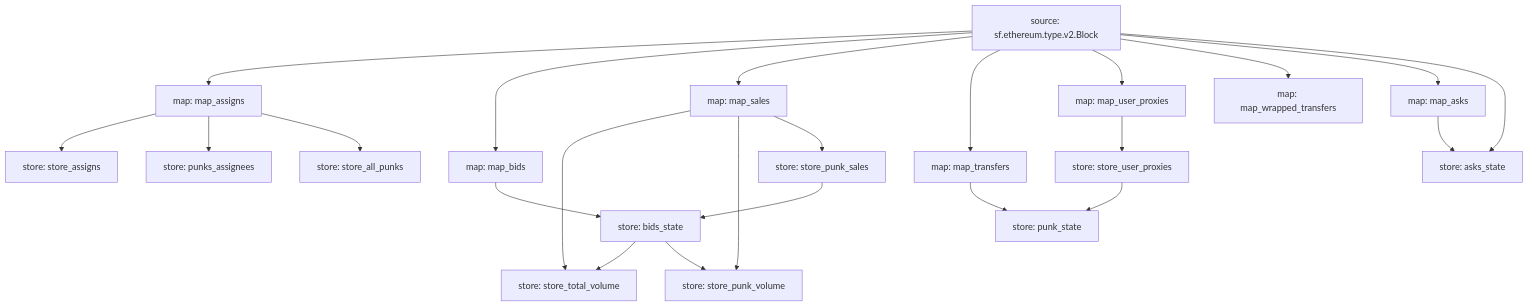
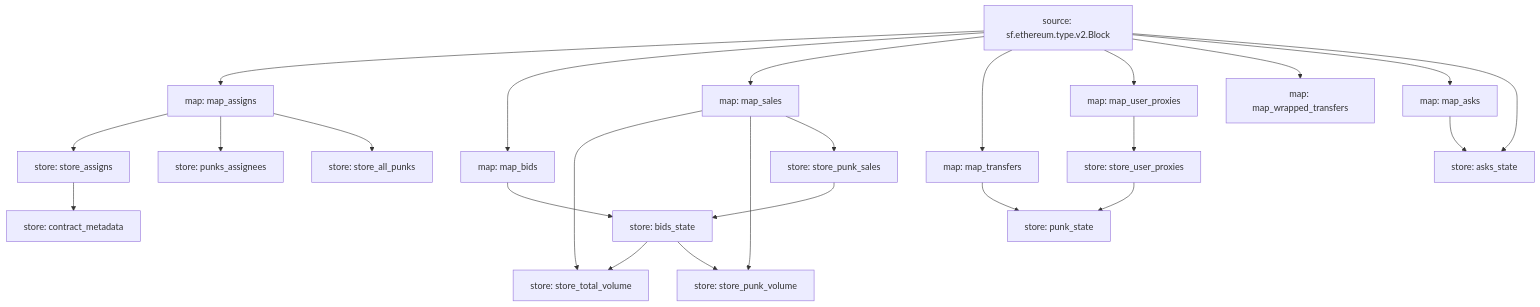
Before and after one commit to itsjerryokolo/cryptopunks_substreams: the diagram in README.md, drawn with Mermaid. The commit also changed other lines of this file and 3 other files, not shown here.

Commit message:
store: contract metadata

````diff
--- a/README.md
+++ b/README.md
@@ -3,42 +4,44 @@
 ```mermaid
 graph TD;
   map_assigns[map: map_assigns]
   sf.ethereum.type.v2.Block[source: sf.ethereum.type.v2.Block] --> map_assigns
   store_assigns[store: store_assigns]
   map_assigns --> store_assigns
   punks_assignees[store: punks_assignees]
   map_assigns --> punks_assignees
   map_bids[map: map_bids]
   sf.ethereum.type.v2.Block[source: sf.ethereum.type.v2.Block] --> map_bids
   bids_state[store: bids_state]
   map_bids --> bids_state
   store_punk_sales --> bids_state
   store_all_punks[store: store_all_punks]
   map_assigns --> store_all_punks
   store_total_volume[store: store_total_volume]
   map_sales --> store_total_volume
   bids_state --> store_total_volume
   store_punk_volume[store: store_punk_volume]
   map_sales --> store_punk_volume
   bids_state --> store_punk_volume
   store_punk_sales[store: store_punk_sales]
   map_sales --> store_punk_sales
   map_sales[map: map_sales]
   sf.ethereum.type.v2.Block[source: sf.ethereum.type.v2.Block] --> map_sales
   map_transfers[map: map_transfers]
   sf.ethereum.type.v2.Block[source: sf.ethereum.type.v2.Block] --> map_transfers
   punk_state[store: punk_state]
   map_transfers --> punk_state
   store_user_proxies --> punk_state
   map_user_proxies[map: map_user_proxies]
   sf.ethereum.type.v2.Block[source: sf.ethereum.type.v2.Block] --> map_user_proxies
   map_wrapped_transfers[map: map_wrapped_transfers]
   sf.ethereum.type.v2.Block[source: sf.ethereum.type.v2.Block] --> map_wrapped_transfers
   store_user_proxies[store: store_user_proxies]
   map_user_proxies --> store_user_proxies
   map_asks[map: map_asks]
   sf.ethereum.type.v2.Block[source: sf.ethereum.type.v2.Block] --> map_asks
   asks_state[store: asks_state]
   map_asks --> asks_state
   sf.ethereum.type.v2.Block[source: sf.ethereum.type.v2.Block] --> asks_state
+  contract_metadata[store: contract_metadata]
+  store_assigns --> contract_metadata
 ```
````
